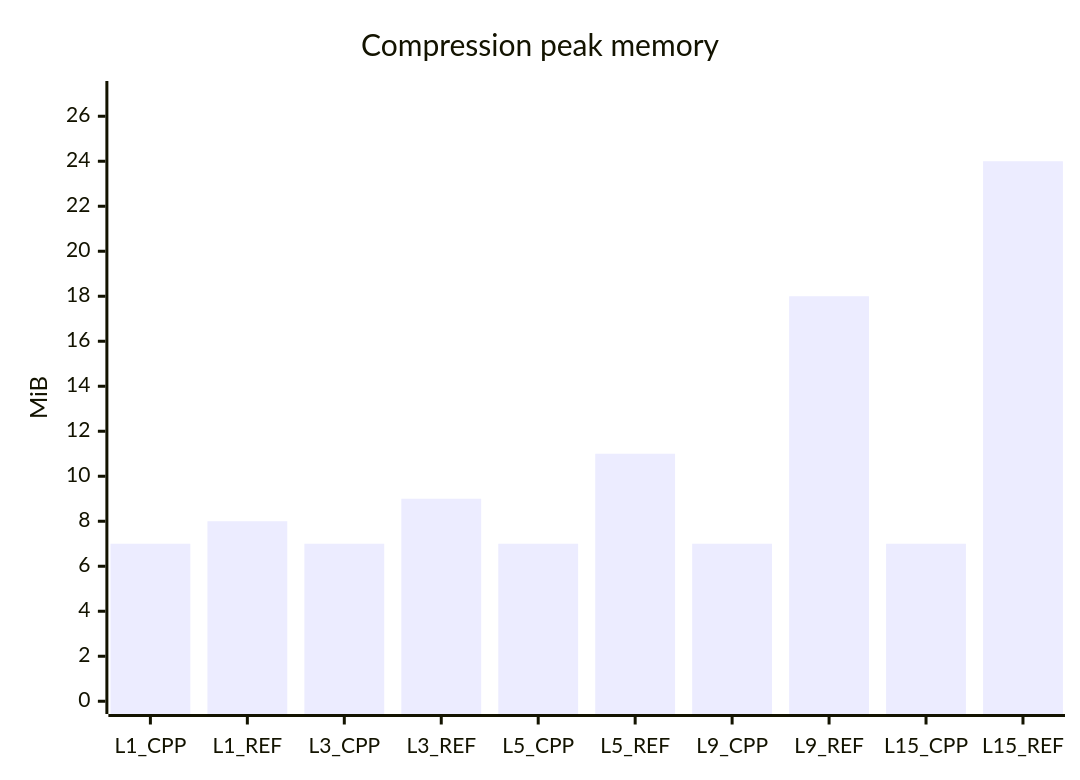
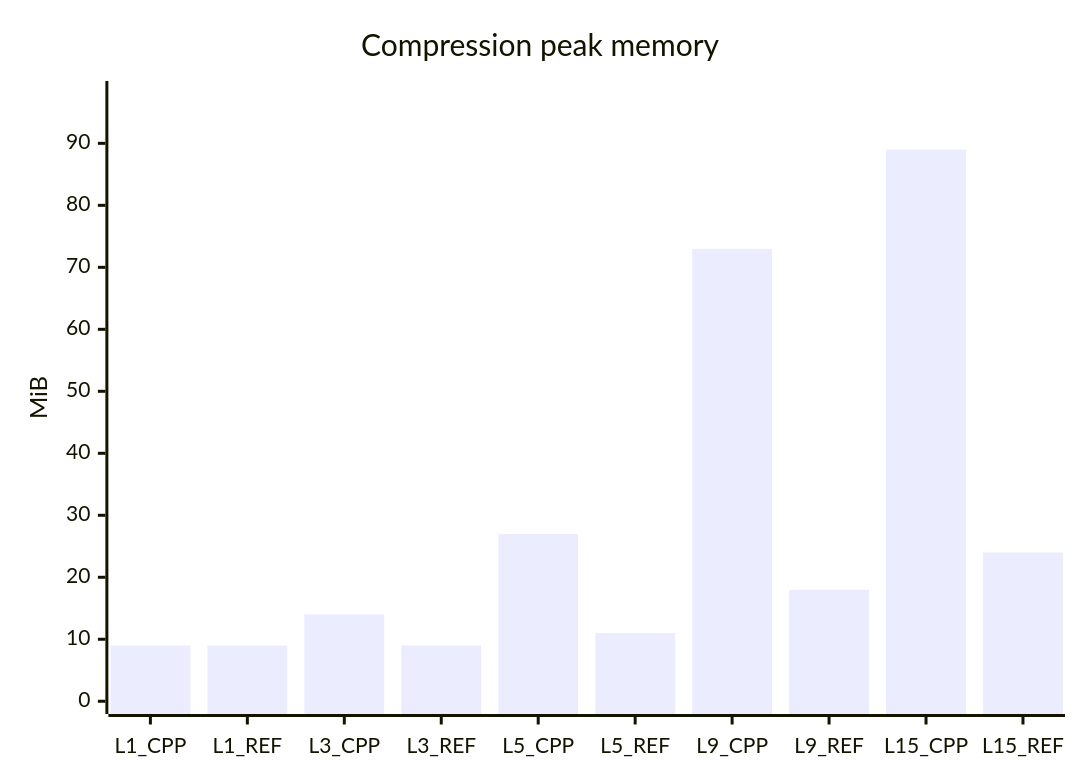
One commit to mheyman/zstdpp changed the third of 7 diagrams in README.md. Above: the diagram before and after it, drawn with Mermaid. The commit also changed other lines of this file, not shown here.

````diff
--- a/README.md
+++ b/README.md
@@ -142,7 +160,7 @@
 ```mermaid
 xychart-beta
     title "Compression peak memory"
     x-axis [L1_CPP, L1_REF, L3_CPP, L3_REF, L5_CPP, L5_REF, L9_CPP, L9_REF, L15_CPP, L15_REF]
-    y-axis "MiB" 0 --> 27
-    bar [7, 8, 7, 9, 7, 11, 7, 18, 7, 24]
+    y-axis "MiB" 0 --> 98
+    bar [9, 9, 14, 9, 27, 11, 73, 18, 89, 24]
 ```
````
